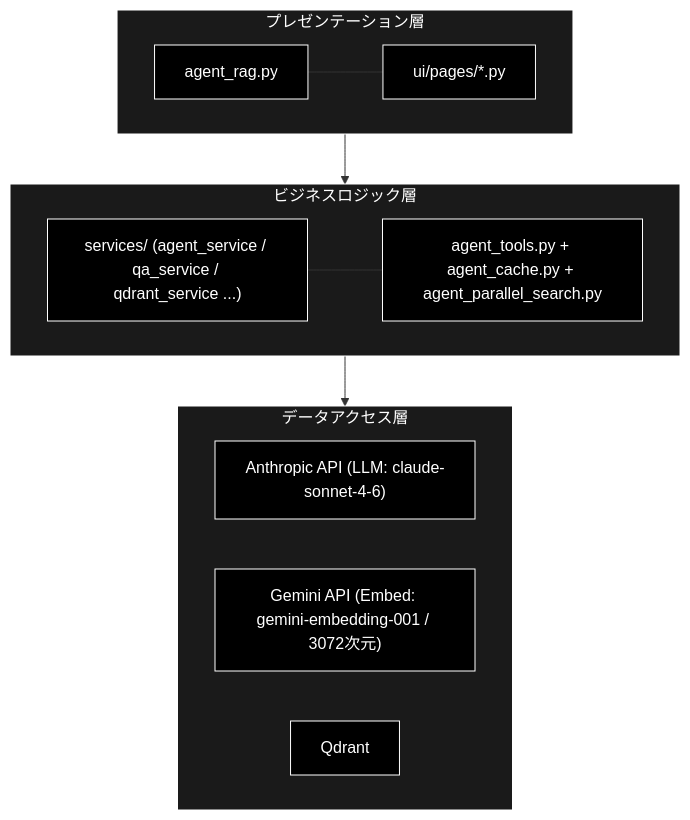
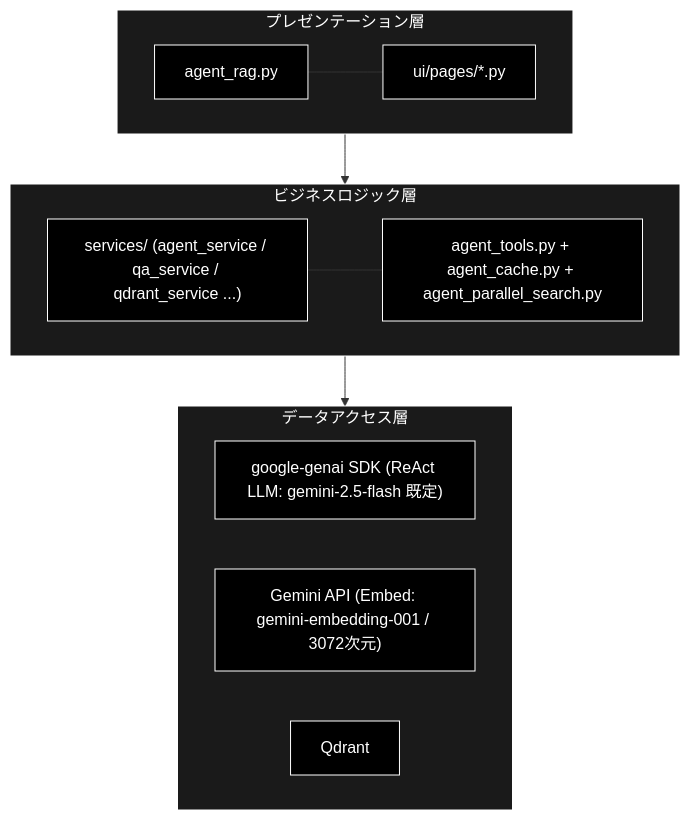
Before and after one commit to nakashima2toshio/anthropic_grace_agent_v2: the first of 10 diagrams in readme_react_reflection.md, drawn with Mermaid. The commit also changed other lines of this file and 9 other files, not shown here.

````diff
--- a/readme_react_reflection.md
+++ b/readme_react_reflection.md
@@ -126,29 +147,29 @@
 ```mermaid
 graph TD
     subgraph Presentation ["プレゼンテーション層"]
         Entry["agent_rag.py"]
         Pages["ui/pages/*.py"]
         Entry --- Pages
     end
 
     subgraph BusinessLogic ["ビジネスロジック層"]
         Services["services/ (agent_service / qa_service / qdrant_service ...)"]
         Tools["agent_tools.py + agent_cache.py + agent_parallel_search.py"]
         Services --- Tools
     end
 
     subgraph DataAccess ["データアクセス層"]
-        LLM["Anthropic API (LLM: claude-sonnet-4-6)"]
+        LLM["google-genai SDK (ReAct LLM: gemini-2.5-flash 既定)"]
         EmbedAPI["Gemini API (Embed: gemini-embedding-001 / 3072次元)"]
         DB["Qdrant"]
     end
 
     Presentation --> BusinessLogic
     BusinessLogic --> DataAccess
 classDef default fill:#000,stroke:#fff,color:#fff
 classDef subgraphStyle fill:#1a1a1a,stroke:#fff,color:#fff
 class Entry,Pages,Services,Tools,LLM,EmbedAPI,DB default
 style Presentation fill:#1a1a1a,stroke:#fff,color:#fff
 style BusinessLogic fill:#1a1a1a,stroke:#fff,color:#fff
 style DataAccess fill:#1a1a1a,stroke:#fff,color:#fff
 ```
````
